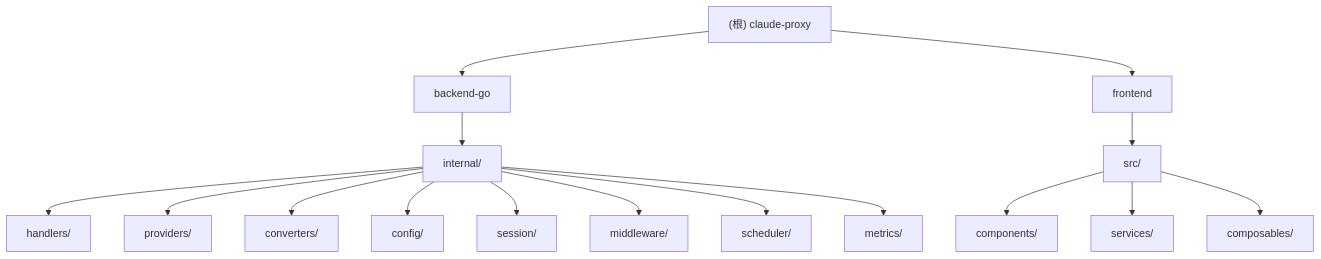
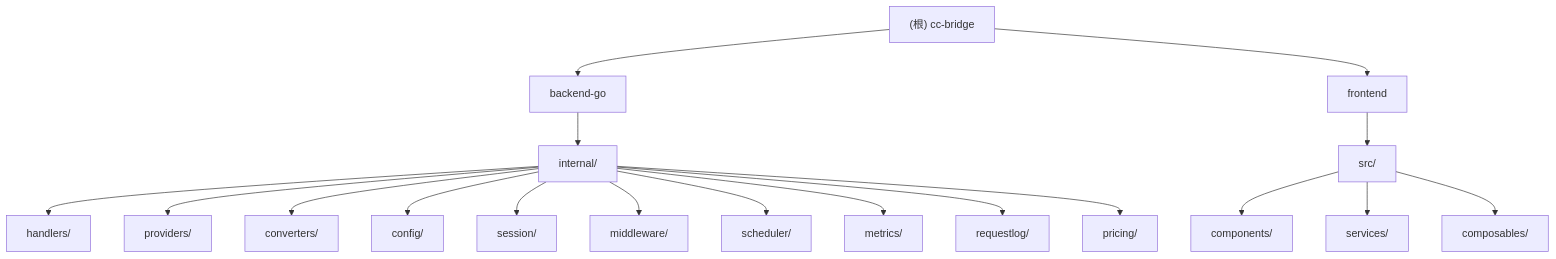
Before and after one commit to JillVernus/cc-bridge: the diagram in CLAUDE.md, drawn with Mermaid. The commit also changed other lines of this file and 59 other files, not shown here.

````diff
--- a/CLAUDE.md
+++ b/CLAUDE.md
@@ -23,23 +36,22 @@
 ```mermaid
 graph TD
-    A["(根) claude-proxy"] --> B["backend-go"];
+    A["(根) cc-bridge"] --> B["backend-go"];
     A --> C["frontend"];
 
     B --> B1["internal/"];
     B1 --> B11["handlers/"];
     B1 --> B12["providers/"];
     B1 --> B13["converters/"];
     B1 --> B14["config/"];
     B1 --> B15["session/"];
     B1 --> B16["middleware/"];
     B1 --> B17["scheduler/"];
     B1 --> B18["metrics/"];
+    B1 --> B19["requestlog/"];
+    B1 --> B20["pricing/"];
 
     C --> C1["src/"];
     C1 --> C11["components/"];
     C1 --> C12["services/"];
     C1 --> C13["composables/"];
-
-    click B "/Users/petaflops/projects/2api-collect/claude-proxy/backend-go/CLAUDE.md" "查看 backend-go 模块文档"
-    click C "/Users/petaflops/projects/2api-collect/claude-proxy/frontend/CLAUDE.md" "查看 frontend 模块文档"
 ```
````
